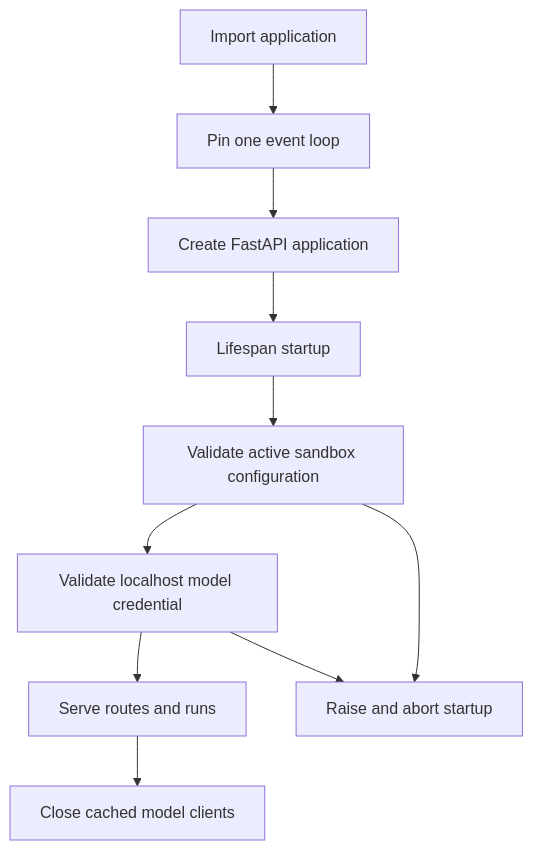
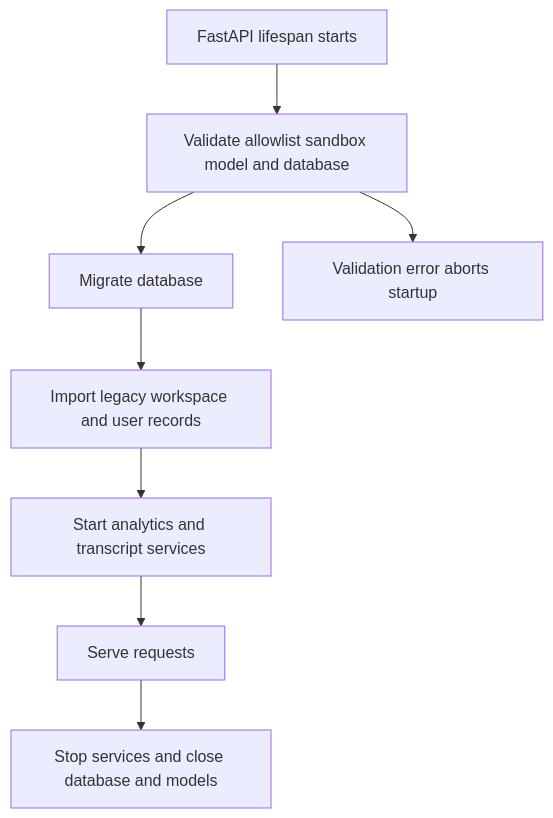
Before and after one commit to langchain-ai/open-swe: the first of 2 diagrams in openwiki/operations/configuration.md, drawn with Mermaid. The commit also changed other lines of this file and 51 other files, not shown here.

````diff
--- a/openwiki/operations/configuration.md
+++ b/openwiki/operations/configuration.md
@@ -66,12 +70,10 @@
 ```mermaid
 flowchart TD
-    Init["Import application"] --> Pin["Pin one event loop"]
-    Pin --> Build["Create FastAPI application"]
-    Build --> Start["Lifespan startup"]
-    Start --> CheckSandbox["Validate active sandbox configuration"]
-    CheckSandbox --> CheckModel["Validate localhost model credential"]
-    CheckModel --> Serve["Serve routes and runs"]
-    CheckSandbox --> Stop["Raise and abort startup"]
-    CheckModel --> Stop
-    Serve --> Close["Close cached model clients"]
+    Begin["FastAPI lifespan starts"] --> Validate["Validate allowlist sandbox model and database"]
+    Validate --> Migrate["Migrate database"]
+    Migrate --> Import["Import legacy workspace and user records"]
+    Import --> Services["Start analytics and transcript services"]
+    Services --> Serve["Serve requests"]
+    Serve --> Shutdown["Stop services and close database and models"]
+    Validate --> Abort["Validation error aborts startup"]
 ```
````
